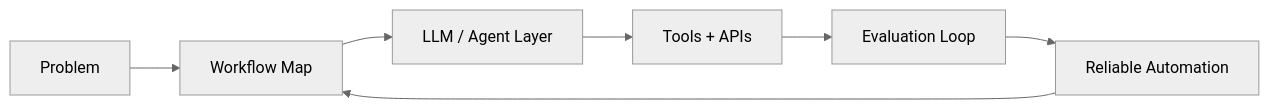
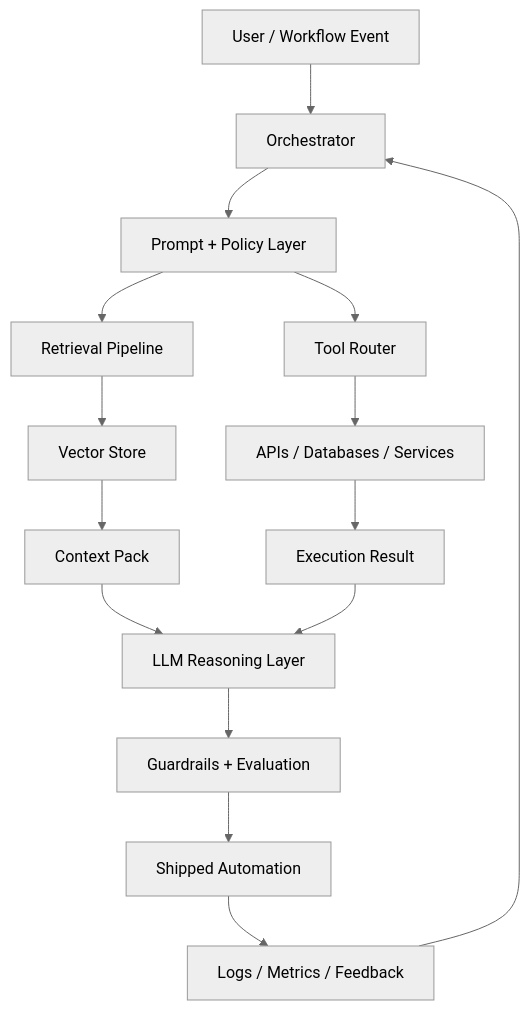
One commit to DagogoGrant/DagogoGrant changed the diagram in README.md. Above: the diagram before and after it, drawn with Mermaid (neutral theme). The commit also changed other lines of this file, not shown here.

````diff
--- a/README.md
+++ b/README.md
@@ -49,9 +35,17 @@
 ```mermaid
-flowchart LR
-    A["Problem"] --> B["Workflow Map"]
-    B --> C["LLM / Agent Layer"]
-    C --> D["Tools + APIs"]
-    D --> E["Evaluation Loop"]
-    E --> F["Reliable Automation"]
-    F --> B
+flowchart TD
+    U["User / Workflow Event"] --> O["Orchestrator"]
+    O --> P["Prompt + Policy Layer"]
+    P --> R["Retrieval Pipeline"]
+    R --> V["Vector Store"]
+    P --> T["Tool Router"]
+    T --> A["APIs / Databases / Services"]
+    A --> E["Execution Result"]
+    V --> C["Context Pack"]
+    C --> M["LLM Reasoning Layer"]
+    E --> M
+    M --> G["Guardrails + Evaluation"]
+    G --> S["Shipped Automation"]
+    S --> L["Logs / Metrics / Feedback"]
+    L --> O
 ```
````
